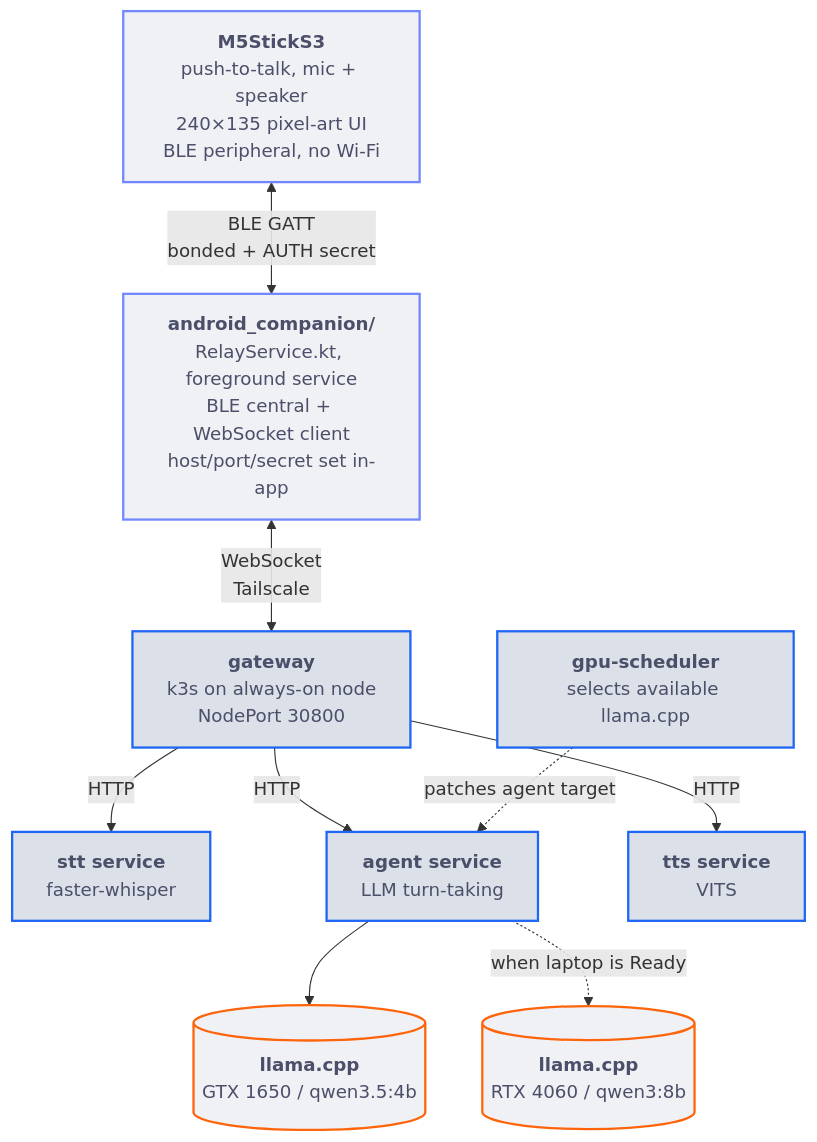
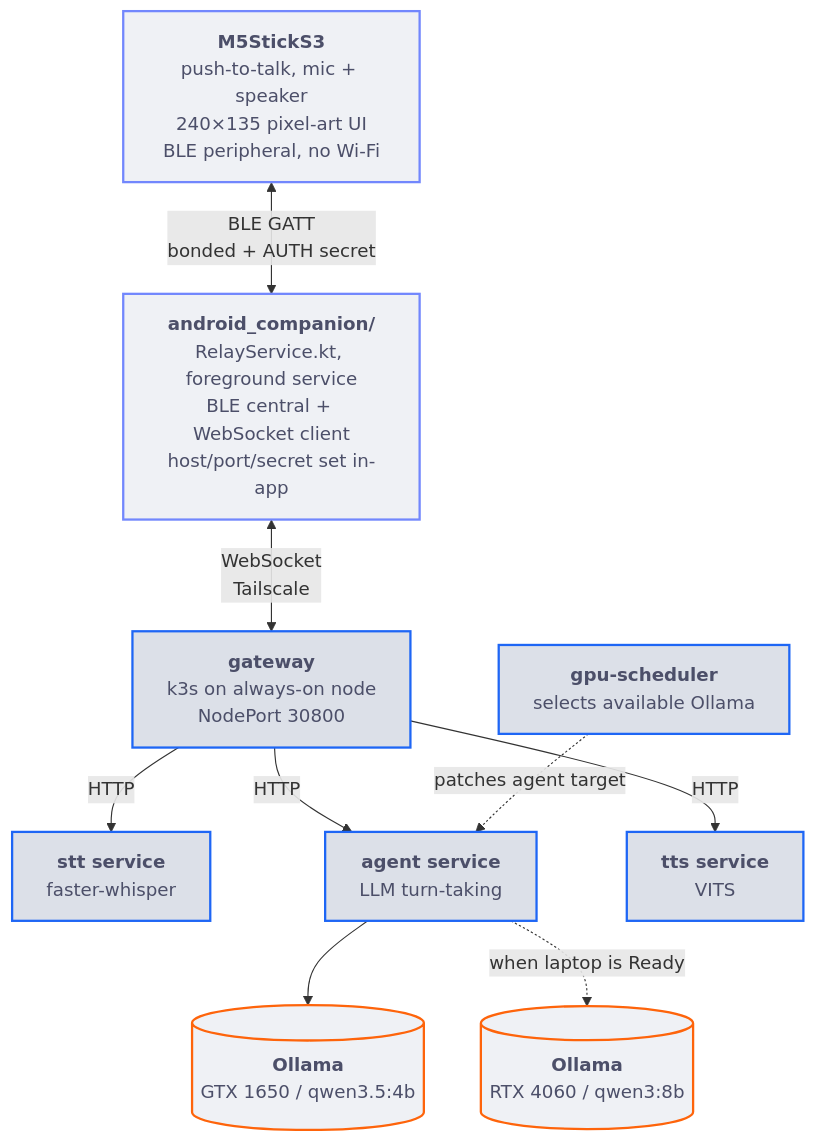
The first of 2 diagrams in README.md (adixg/ai-companion), drawn with Mermaid before and after one commit. The commit also changed other lines of this file and 12 other files, not shown here.

````diff
--- a/README.md
+++ b/README.md
@@ -43,28 +43,28 @@
 ```mermaid
 flowchart TB
     stick["<b>M5StickS3</b><br>push-to-talk, mic + speaker<br>240×135 pixel-art UI<br>BLE peripheral, no Wi-Fi"]
     relay["<b>android_companion/</b><br>RelayService.kt, foreground service<br>BLE central + WebSocket client<br>host/port/secret set in-app"]
     gateway["<b>gateway</b><br>k3s on always-on node<br>NodePort 30800"]
     stt["<b>stt service</b><br>faster-whisper"]
     agent["<b>agent service</b><br>LLM turn-taking"]
     tts["<b>tts service</b><br>VITS"]
-    controller["<b>gpu-scheduler</b><br>selects available llama.cpp"]
-    llama1650[("<b>llama.cpp</b><br>GTX 1650 / qwen3.5:4b")]
-    llama4060[("<b>llama.cpp</b><br>RTX 4060 / qwen3:8b")]
+    controller["<b>gpu-scheduler</b><br>selects available Ollama"]
+    ollama1650[("<b>Ollama</b><br>GTX 1650 / qwen3.5:4b")]
+    ollama4060[("<b>Ollama</b><br>RTX 4060 / qwen3:8b")]
 
     stick <-->|"BLE GATT<br>bonded + AUTH secret"| relay
     relay <-->|"WebSocket<br>Tailscale"| gateway
     gateway -->|HTTP| stt
     gateway -->|HTTP| agent
     gateway -->|HTTP| tts
-    agent --> llama1650
-    agent -. "when laptop is Ready" .-> llama4060
+    agent --> ollama1650
+    agent -. "when laptop is Ready" .-> ollama4060
     controller -. "patches agent target" .-> agent
 
     classDef device fill:#eff1f5,stroke:#7287fd,stroke-width:2px,color:#4c4f69
     classDef service fill:#dce0e8,stroke:#1e66f5,stroke-width:2px,color:#4c4f69
     classDef worker fill:#eff1f5,stroke:#fe640b,stroke-width:2px,color:#4c4f69
     class stick,relay device
     class gateway,stt,agent,tts,controller service
-    class llama1650,llama4060 worker
+    class ollama1650,ollama4060 worker
 ```
````
